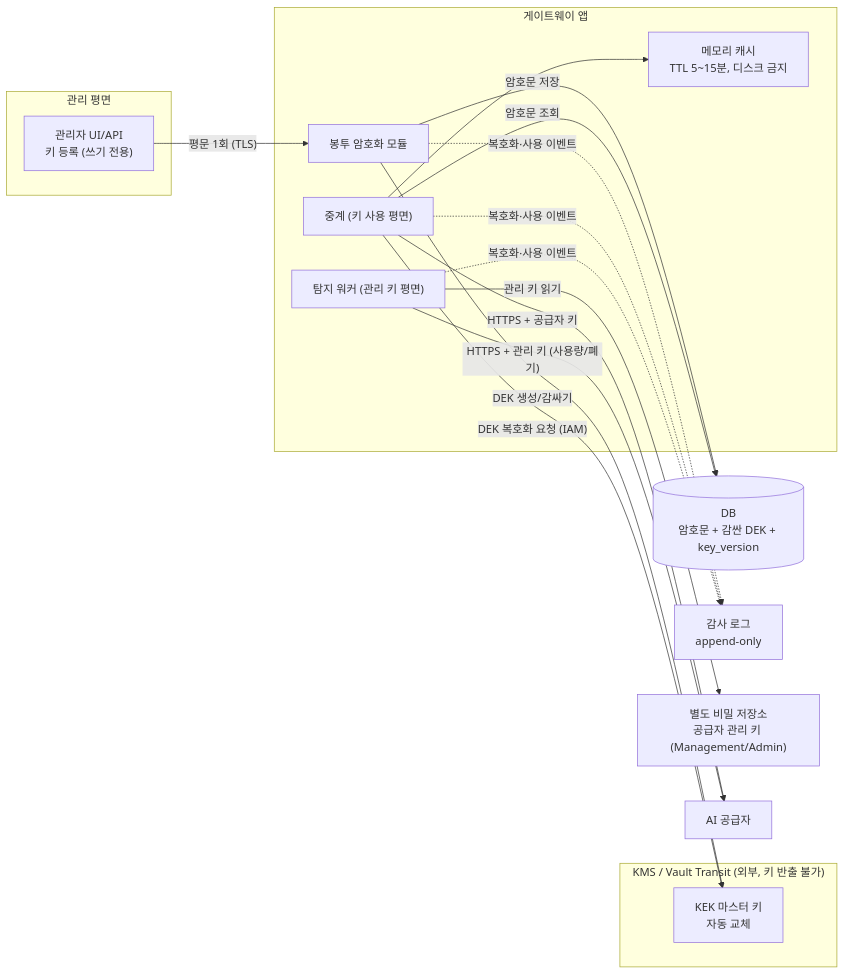
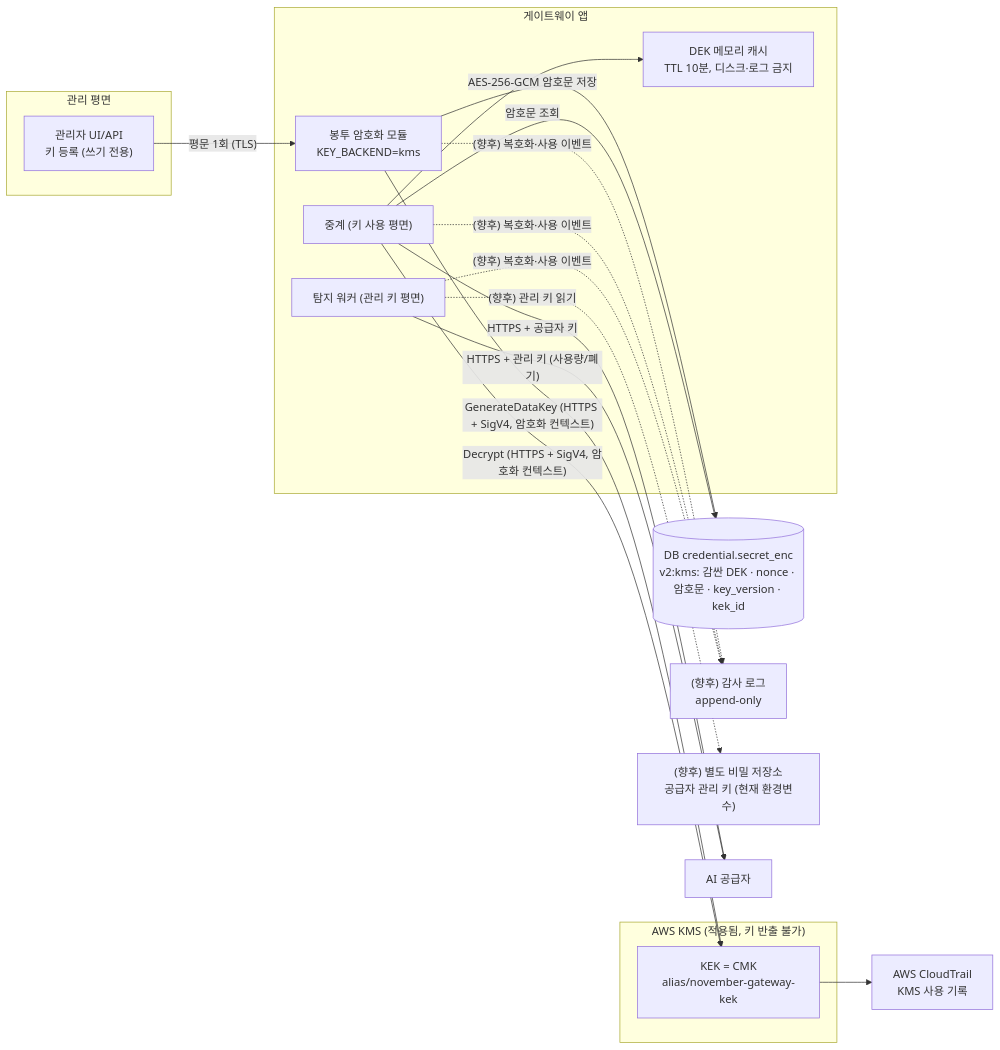
One commit to Seokyoung-Hong/NovemberApiGateway changed the diagram in docs/key-security-design.md. Above: the diagram before and after it, drawn with Mermaid. The commit also changed other lines of this file and 3 other files, not shown here.

Commit message:
docs: AWS KMS envelope encryption and P1 key hardening documented as applied; Vault, audit log, admin-key split, per-tenant KEK as future

````diff
--- a/docs/key-security-design.md
+++ b/docs/key-security-design.md
@@ -25,30 +25,32 @@
 ```mermaid
 flowchart LR
     subgraph ADM["관리 평면"]
         A1["관리자 UI/API<br/>키 등록 (쓰기 전용)"]
     end
-    subgraph KMS["KMS / Vault Transit (외부, 키 반출 불가)"]
-        K1["KEK 마스터 키<br/>자동 교체"]
+    subgraph KMS["AWS KMS (적용됨, 키 반출 불가)"]
+        K1["KEK = CMK<br/>alias/november-gateway-kek"]
     end
     subgraph APP["게이트웨이 앱"]
-        E1["봉투 암호화 모듈"]
+        E1["봉투 암호화 모듈<br/>KEY_BACKEND=kms"]
         R1["중계 (키 사용 평면)"]
         D1["탐지 워커 (관리 키 평면)"]
-        C1["메모리 캐시<br/>TTL 5~15분, 디스크 금지"]
+        C1["DEK 메모리 캐시<br/>TTL 10분, 디스크·로그 금지"]
     end
-    DB[("DB<br/>암호문 + 감싼 DEK + key_version")]
-    AUD["감사 로그<br/>append-only"]
-    SM["별도 비밀 저장소<br/>공급자 관리 키 (Management/Admin)"]
+    DB[("DB credential.secret_enc<br/>v2:kms: 감싼 DEK · nonce · 암호문 · key_version · kek_id")]
+    AUD["(향후) 감사 로그<br/>append-only"]
+    SM["(향후) 별도 비밀 저장소<br/>공급자 관리 키 (현재 환경변수)"]
+    CT["AWS CloudTrail<br/>KMS 사용 기록"]
     P["AI 공급자"]
 
     A1 -- "평문 1회 (TLS)" --> E1
-    E1 -- "DEK 생성/감싸기" --> K1
-    E1 -- "암호문 저장" --> DB
+    E1 -- "GenerateDataKey (HTTPS + SigV4, 암호화 컨텍스트)" --> K1
+    E1 -- "AES-256-GCM 암호문 저장" --> DB
     R1 -- "암호문 조회" --> DB
-    R1 -- "DEK 복호화 요청 (IAM)" --> K1
+    R1 -- "Decrypt (HTTPS + SigV4, 암호화 컨텍스트)" --> K1
+    K1 --> CT
     R1 --> C1
     R1 -- "HTTPS + 공급자 키" --> P
-    D1 -- "관리 키 읽기" --> SM
+    D1 -. "(향후) 관리 키 읽기" .-> SM
     D1 -- "HTTPS + 관리 키 (사용량/폐기)" --> P
-    E1 & R1 & D1 -. "복호화·사용 이벤트" .-> AUD
+    E1 & R1 & D1 -. "(향후) 복호화·사용 이벤트" .-> AUD
 ```
````
